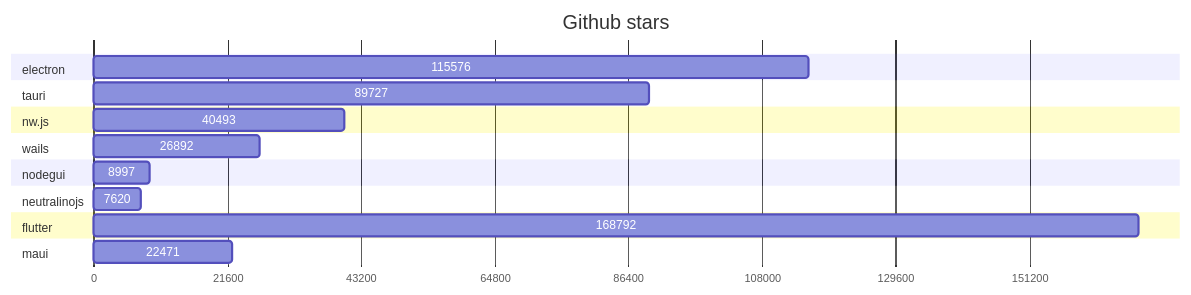
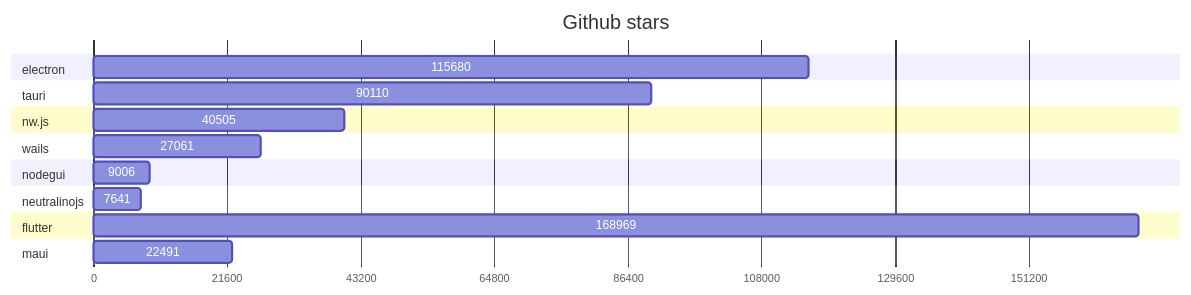
One commit to Elanis/web-to-desktop-framework-comparison changed the first of 2 diagrams in GRAPHS.md. Above: the diagram before and after it, drawn with Mermaid. The commit also changed other lines of this file and 2 other files, not shown here.

Commit message:
Update stars & Fork

````diff
--- a/GRAPHS.md
+++ b/GRAPHS.md
@@ -5,40 +5,40 @@
 ```mermaid
 gantt
     title Github stars
     dateFormat  X
     axisFormat %s
 
 
 	section electron
-	115576 : 0, 115576
+	115680 : 0, 115680
 
 	
 	section tauri
-	89727 : 0, 89727
+	90110 : 0, 90110
 
 	
 	section nw.js
-	40493 : 0, 40493
+	40505 : 0, 40505
 
 	
 	section wails
-	26892 : 0, 26892
+	27061 : 0, 27061
 
 	
 	section nodegui
-	8997 : 0, 8997
+	9006 : 0, 9006
 
 	
 	section neutralinojs
-	7620 : 0, 7620
+	7641 : 0, 7641
 
 	
 	section flutter
-	168792 : 0, 168792
+	168969 : 0, 168969
 
 	
 	section maui
-	22471 : 0, 22471
+	22491 : 0, 22491
 
 	
 ```
````
